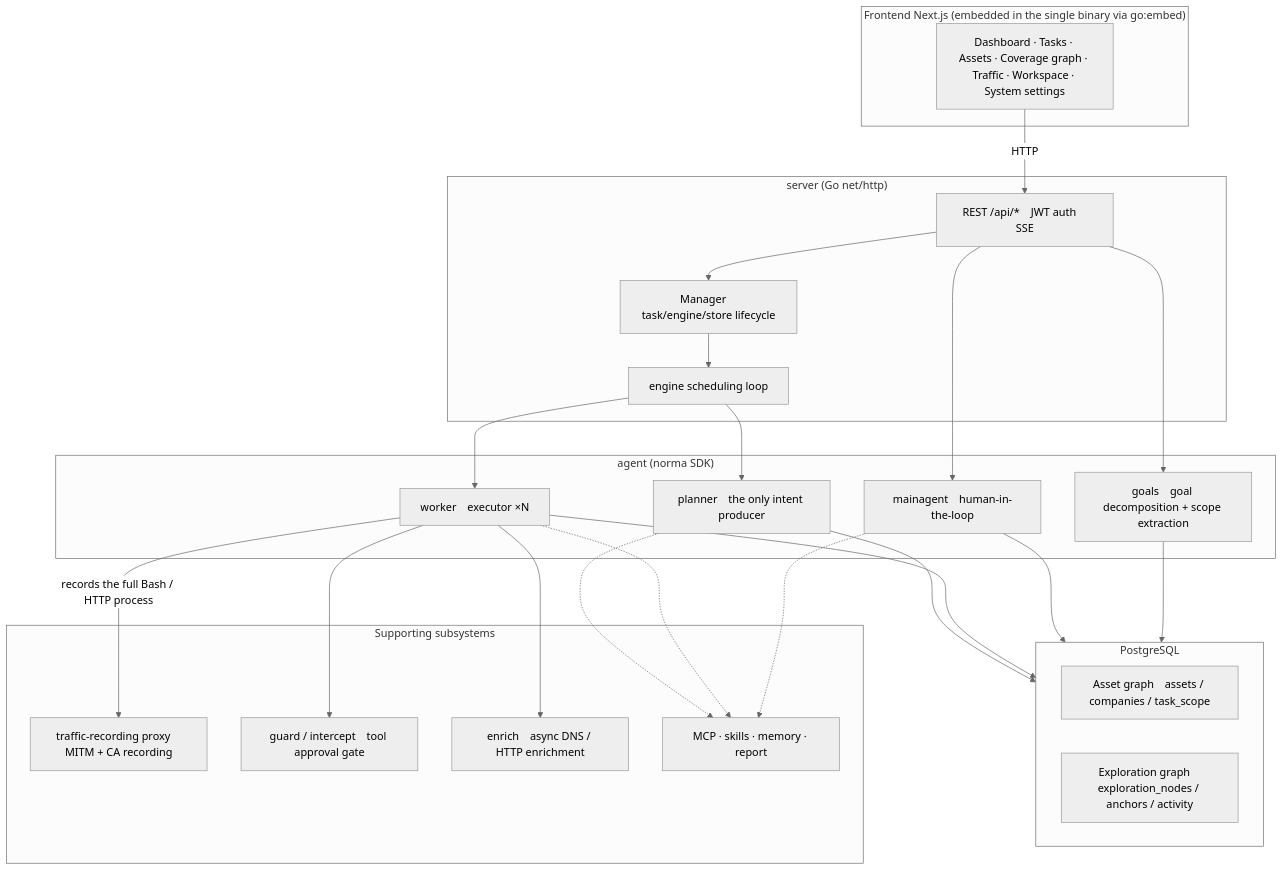
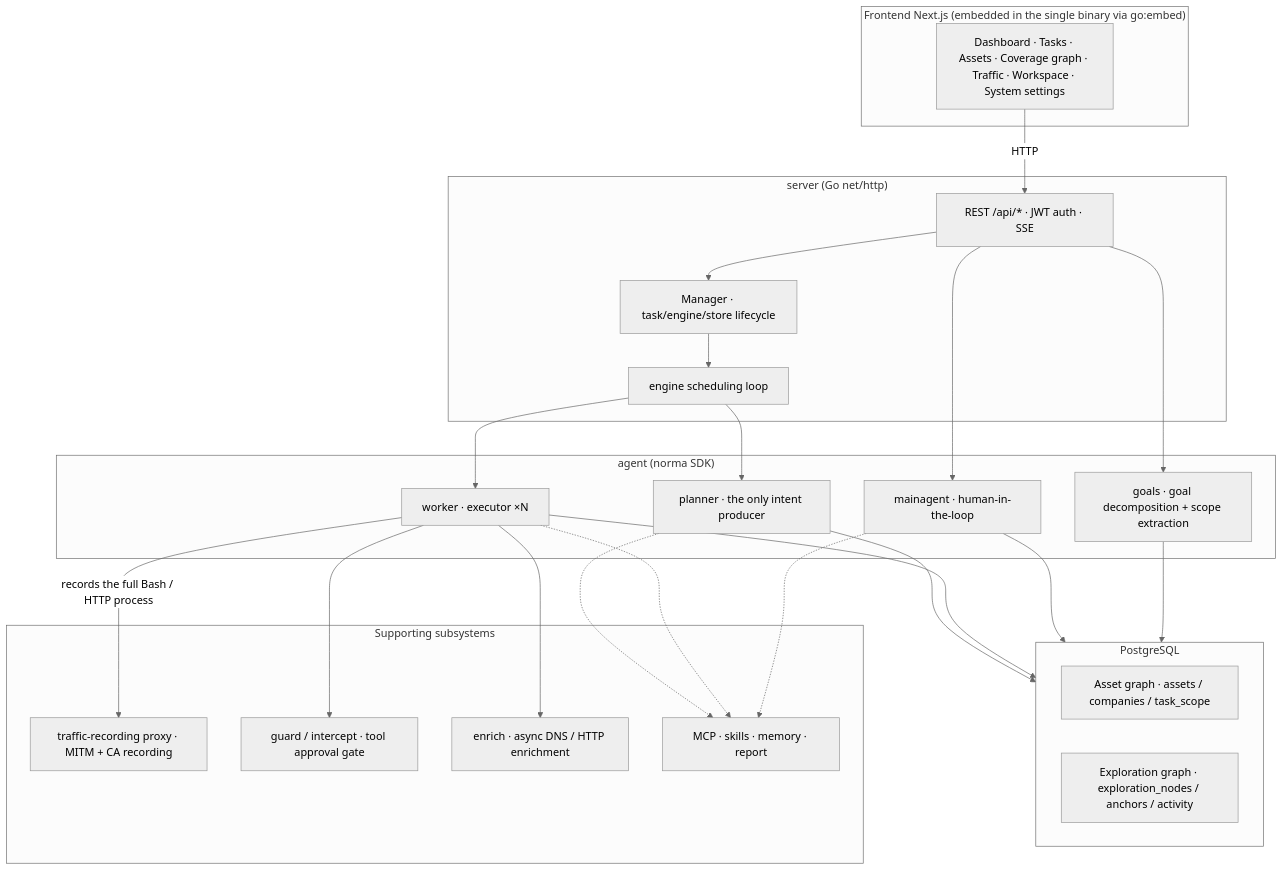
Before and after one commit to sounil/artex-english: the first of 5 diagrams in README.md, drawn with Mermaid (neutral theme). The commit also changed other lines of this file and 408 other files, not shown here.

````diff
--- a/README.md
+++ b/README.md
@@ -181,44 +241,44 @@
 ```mermaid
 flowchart TB
   subgraph FE["Frontend Next.js (embedded in the single binary via go:embed)"]
     UI["Dashboard · Tasks · Assets · Coverage graph · Traffic · Workspace · System settings"]
   end
   subgraph SRV["server (Go net/http)"]
-    API["REST /api/*　JWT auth　SSE"]
+    API["REST /api/* · JWT auth · SSE"]
     ENG["engine scheduling loop"]
-    MGR["Manager　task/engine/store lifecycle"]
+    MGR["Manager · task/engine/store lifecycle"]
   end
   subgraph AG["agent (norma SDK)"]
-    GO["goals　goal decomposition + scope extraction"]
-    PL["planner　the only intent producer"]
-    WK["worker　executor ×N"]
-    MA["mainagent　human-in-the-loop"]
+    GO["goals · goal decomposition + scope extraction"]
+    PL["planner · the only intent producer"]
+    WK["worker · executor ×N"]
+    MA["mainagent · human-in-the-loop"]
   end
   subgraph DB["PostgreSQL"]
-    AGRAPH["Asset graph　assets / companies / task_scope"]
-    EGRAPH["Exploration graph　exploration_nodes / anchors / activity"]
+    AGRAPH["Asset graph · assets / companies / task_scope"]
+    EGRAPH["Exploration graph · exploration_nodes / anchors / activity"]
   end
   subgraph SUB["Supporting subsystems"]
-    PROXY["traffic-recording proxy　MITM + CA recording"]
-    GUARD["guard / intercept　tool approval gate"]
-    ENR["enrich　async DNS / HTTP enrichment"]
+    PROXY["traffic-recording proxy · MITM + CA recording"]
+    GUARD["guard / intercept · tool approval gate"]
+    ENR["enrich · async DNS / HTTP enrichment"]
     EXT["MCP · skills · memory · report"]
   end
 
   UI -->|HTTP| API
   API --> MGR --> ENG
   ENG --> PL
   ENG --> WK
   API --> MA
   API --> GO
   PL --> DB
   WK --> DB
   MA --> DB
   GO --> DB
   WK -->|"records the full Bash / HTTP process"| PROXY
   WK --> GUARD
   WK --> ENR
   PL -.-> EXT
   WK -.-> EXT
   MA -.-> EXT
 ```
````
